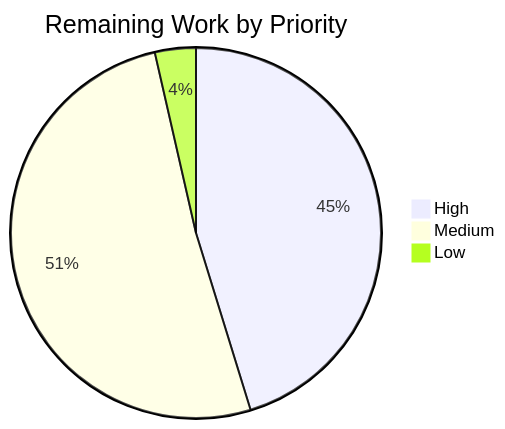
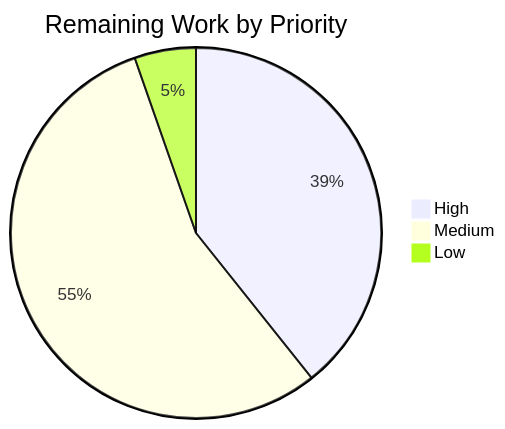
One commit to blitzy-public-samples/erpnext-frappe-sample changed the third of 4 diagrams in blitzy/documentation/Project Guide.md. Above: the diagram before and after it, drawn with Mermaid. The commit also changed other lines of this file, not shown here.

````diff
--- a/blitzy/documentation/Project Guide.md
+++ b/blitzy/documentation/Project Guide.md
@@ -235,6 +231,6 @@
 ```mermaid
 pie title Remaining Work by Priority
-    "High" : 38
-    "Medium" : 43
+    "High" : 22
+    "Medium" : 31
     "Low" : 3
 ```
````
